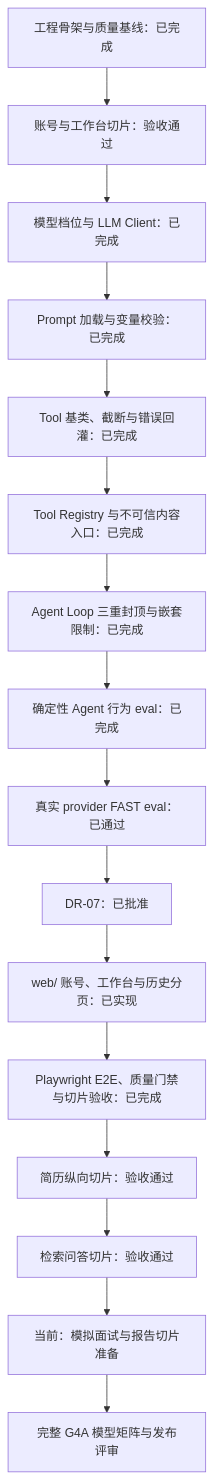
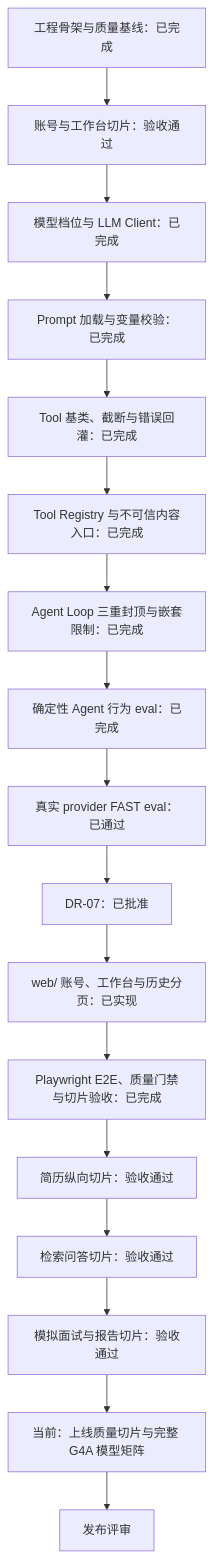
The diagram in docs/next-steps.md (Rainloury/technical-interview-agent), drawn with Mermaid before and after one commit. The commit also changed other lines of this file and 35 other files, not shown here.

````diff
--- a/docs/next-steps.md
+++ b/docs/next-steps.md
@@ -49,18 +50,19 @@
 ```mermaid
 flowchart TD
     S0["工程骨架与质量基线：已完成"] --> N0["账号与工作台切片：验收通过"]
     N0 --> N1["模型档位与 LLM Client：已完成"]
     N1 --> N2["Prompt 加载与变量校验：已完成"]
     N2 --> N3["Tool 基类、截断与错误回灌：已完成"]
     N3 --> N4["Tool Registry 与不可信内容入口：已完成"]
     N4 --> N5["Agent Loop 三重封顶与嵌套限制：已完成"]
     N5 --> N6["确定性 Agent 行为 eval：已完成"]
     N6 --> N7["真实 provider FAST eval：已通过"]
     N7 --> N8["DR-07：已批准"]
     N8 --> N9["web/ 账号、工作台与历史分页：已实现"]
     N9 --> N10["Playwright E2E、质量门禁与切片验收：已完成"]
     N10 --> N11["简历纵向切片：验收通过"]
     N11 --> N12["检索问答切片：验收通过"]
-    N12 --> N13["当前：模拟面试与报告切片准备"]
-    N13 --> N14["完整 G4A 模型矩阵与发布评审"]
+    N12 --> N13["模拟面试与报告切片：验收通过"]
+    N13 --> N14["当前：上线质量切片与完整 G4A 模型矩阵"]
+    N14 --> N15["发布评审"]
 ```
````
